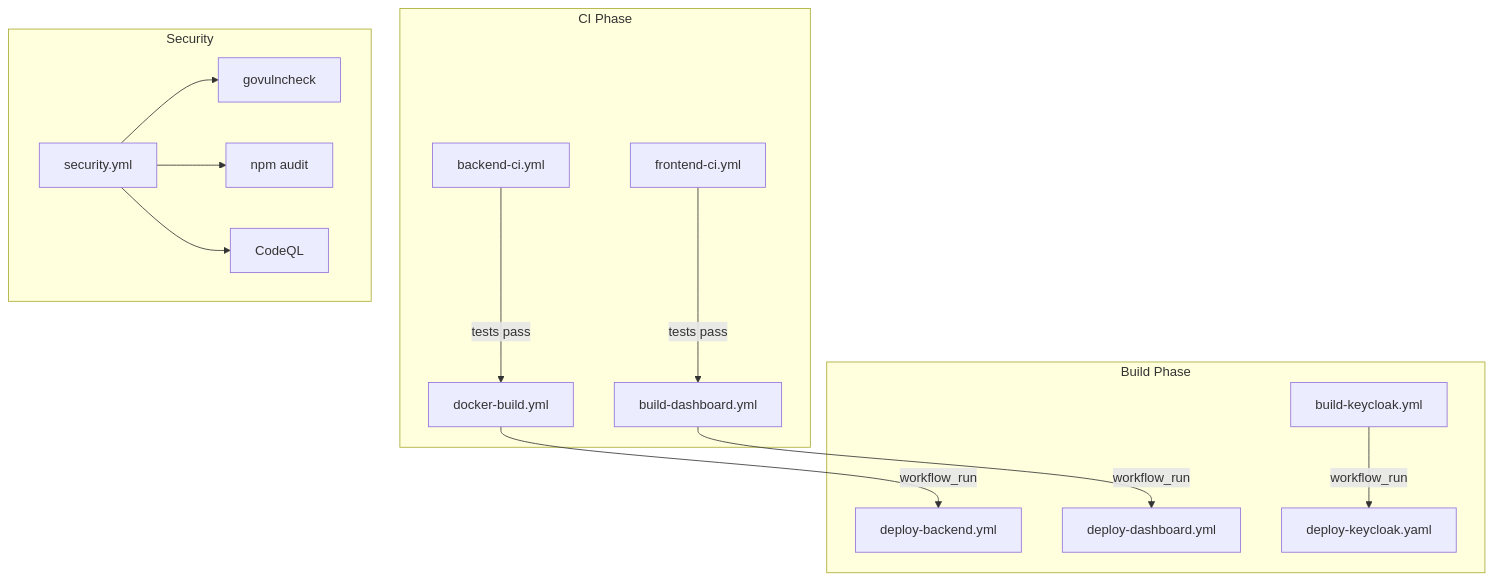
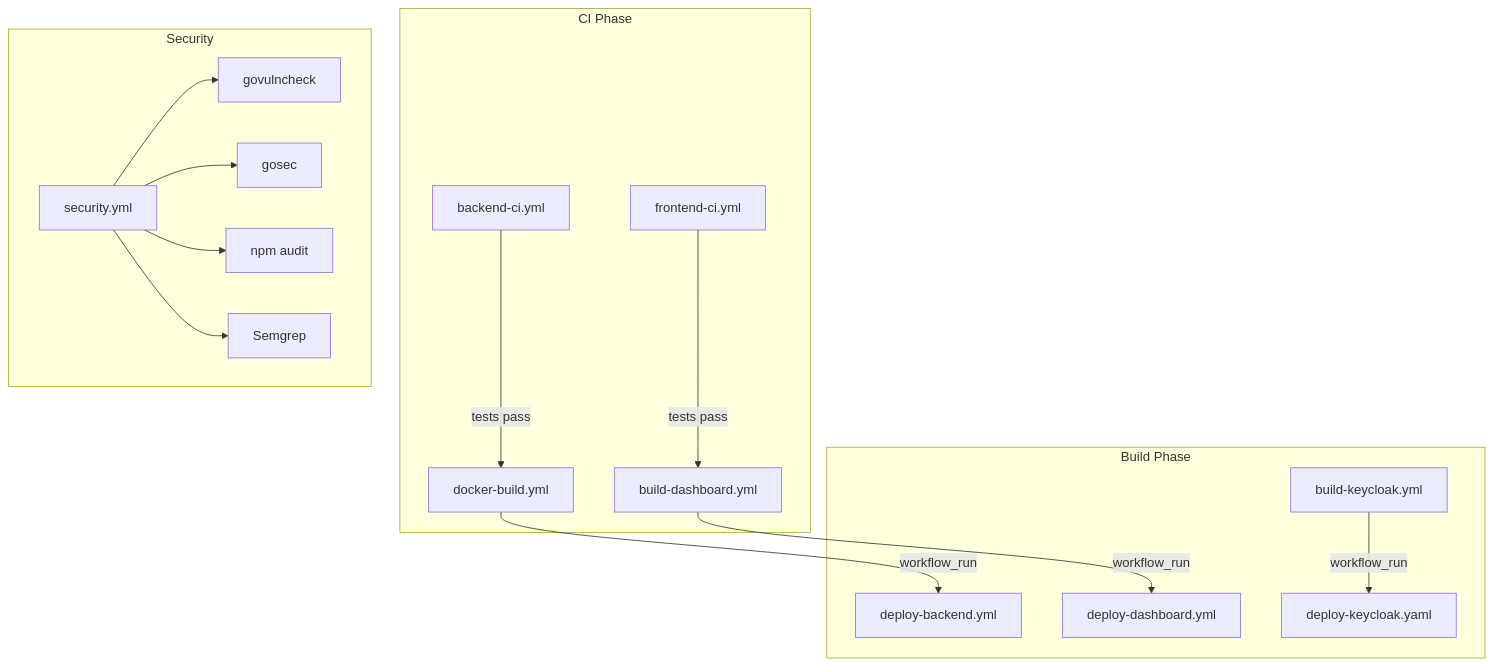
The diagram in .github/README.md (volaticloud/volaticloud), drawn with Mermaid before and after one commit. The commit also changed other lines of this file and 3 other files, not shown here.

````diff
--- a/.github/README.md
+++ b/.github/README.md
@@ -11,20 +11,21 @@
 ```mermaid
 flowchart TB
     subgraph "CI Phase"
         BC[backend-ci.yml] --> |tests pass| DB[docker-build.yml]
         FC[frontend-ci.yml] --> |tests pass| BD[build-dashboard.yml]
     end
 
     subgraph "Build Phase"
         DB --> |workflow_run| DEB[deploy-backend.yml]
         BD --> |workflow_run| DED[deploy-dashboard.yml]
         BK[build-keycloak.yml] --> |workflow_run| DEK[deploy-keycloak.yaml]
     end
 
     subgraph "Security"
         SEC[security.yml]
         SEC --> GOV[govulncheck]
+        SEC --> GSC[gosec]
         SEC --> NPM[npm audit]
-        SEC --> CQL[CodeQL]
+        SEC --> SEM[Semgrep]
     end
 ```
````
